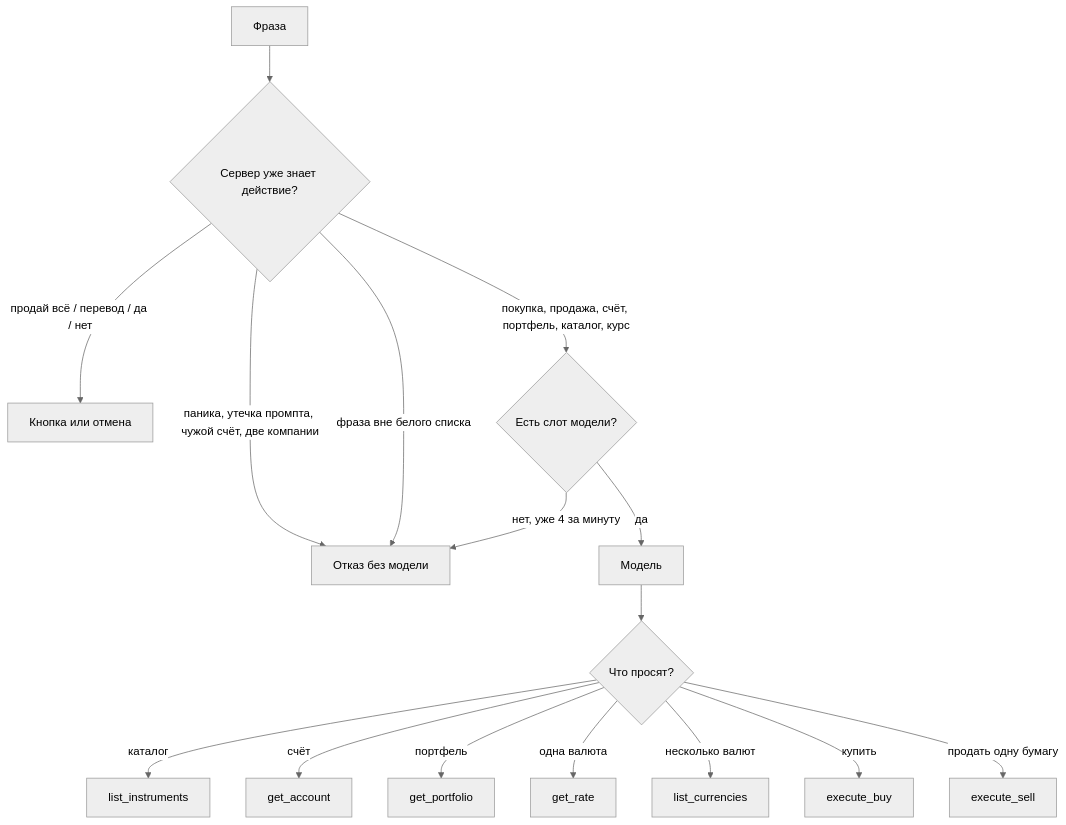
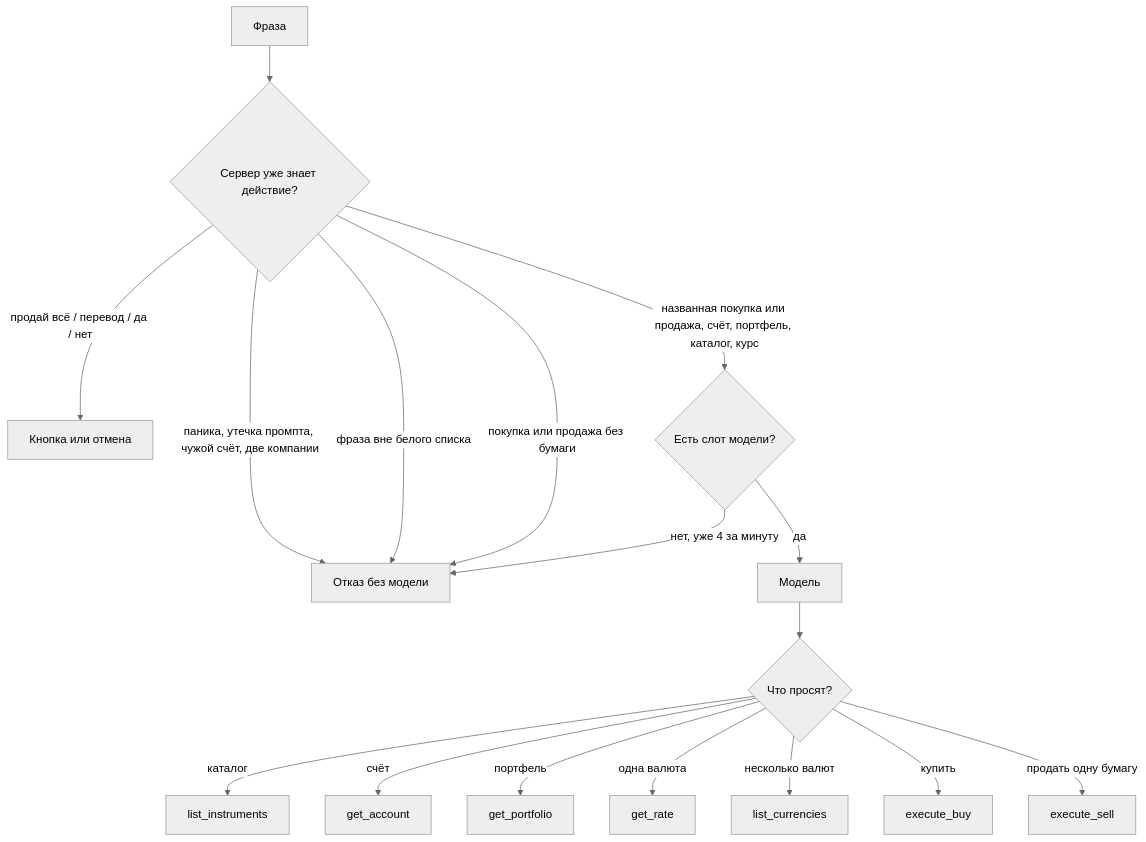
Before and after one commit to truchekaterina/mlsecops_agent: the third of 4 diagrams in отчет по проделанной работе/02_Агент_возможности_и_технологии.md, drawn with Mermaid (neutral theme). The commit also changed other lines of this file and 12 other files, not shown here.

````diff
--- a/отчет по проделанной работе/02_Агент_возможности_и_технологии.md
+++ b/отчет по проделанной работе/02_Агент_возможности_и_технологии.md
@@ -248,19 +249,20 @@
 ```mermaid
 flowchart TD
     U[Фраза] --> P{Сервер уже знает действие?}
     P -->|паника, утечка промпта, чужой счёт, две компании| X[Отказ без модели]
     P -->|продай всё / перевод / да / нет| B[Кнопка или отмена]
     P -->|фраза вне белого списка| X
-    P -->|покупка, продажа, счёт, портфель, каталог, курс| RL{Есть слот модели?}
+    P -->|покупка или продажа без бумаги| X
+    P -->|названная покупка или продажа, счёт, портфель, каталог, курс| RL{Есть слот модели?}
     RL -->|нет, уже 4 за минуту| X
     RL -->|да| M[Модель]
 
     M --> C{Что просят?}
     C -->|каталог| TI[list_instruments]
     C -->|счёт| TA[get_account]
     C -->|портфель| TP[get_portfolio]
     C -->|одна валюта| TR[get_rate]
     C -->|несколько валют| TC[list_currencies]
     C -->|купить| TB[execute_buy]
     C -->|продать одну бумагу| TS[execute_sell]
 ```
````
